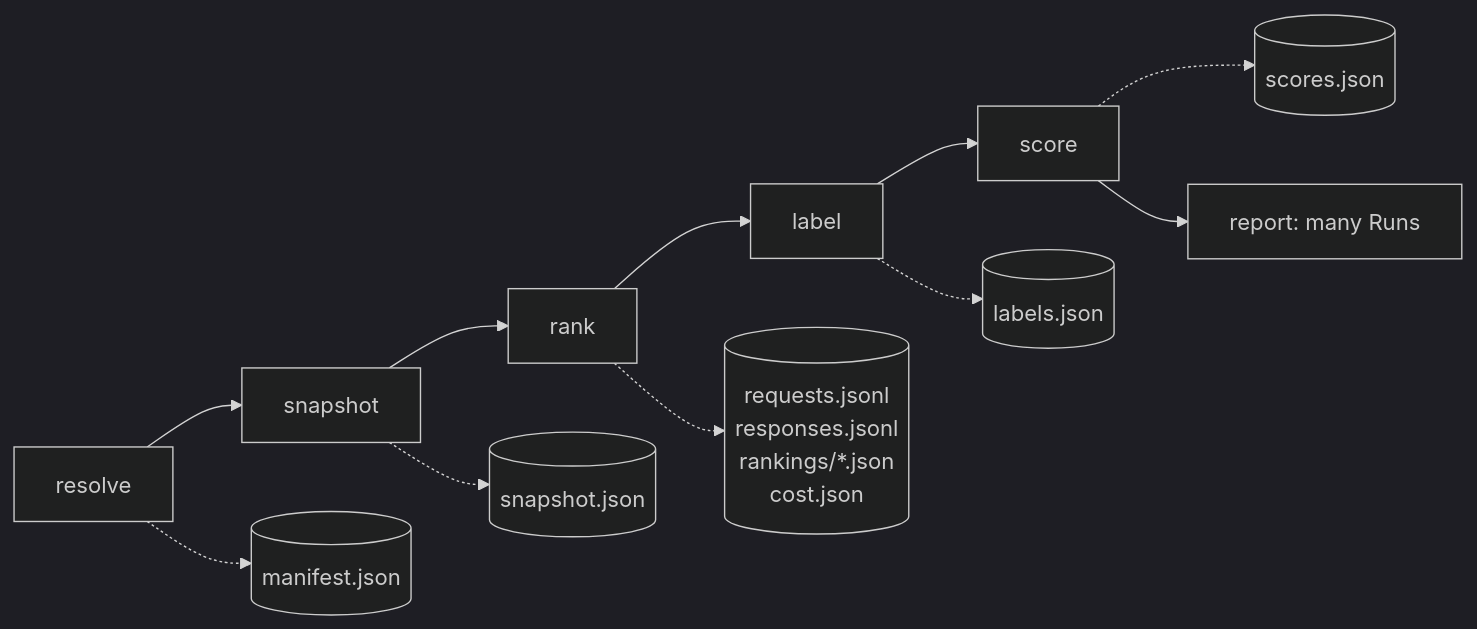
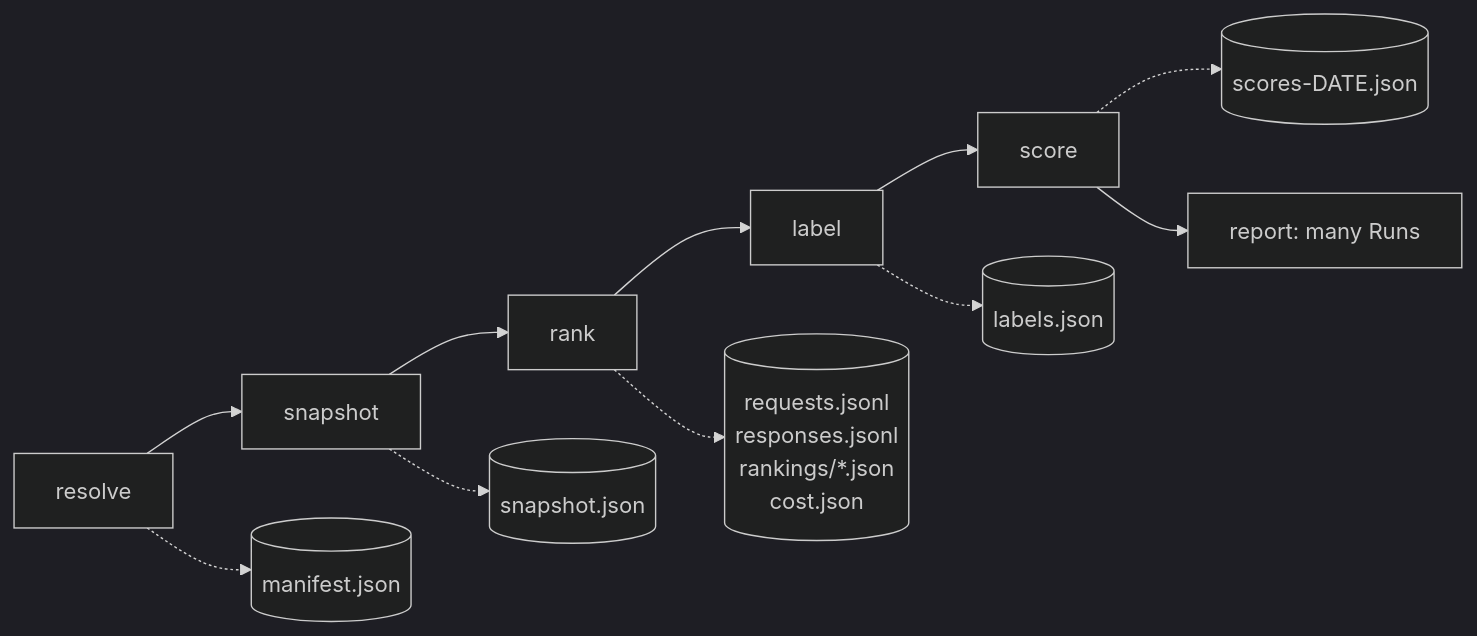
Before and after one commit to robkeim/tech-debt-miner: the first of 2 diagrams in docs/adr/0008-pipeline-stages-artifacts-and-resume.md, drawn with Mermaid (dark theme). The commit also changed other lines of this file, not shown here.

First line of the commit message:
docs(adr): name score files by scoring date and note the 0006 amendment

````diff
--- a/docs/adr/0008-pipeline-stages-artifacts-and-resume.md
+++ b/docs/adr/0008-pipeline-stages-artifacts-and-resume.md
@@ -9,10 +9,10 @@
 ```mermaid
 flowchart LR
     R[resolve] --> S[snapshot] --> K[rank] --> L[label] --> C[score]
     R -.-> M[(manifest.json)]
     S -.-> SN[(snapshot.json)]
     K -.-> RQ[(requests.jsonl<br/>responses.jsonl<br/>rankings/*.json<br/>cost.json)]
     L -.-> LB[(labels.json)]
-    C -.-> SC[(scores.json)]
+    C -.-> SC[(scores-DATE.json)]
     C --> RP[report: many Runs]
 ```
````
